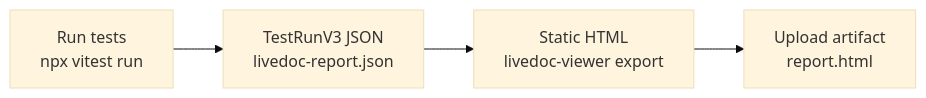
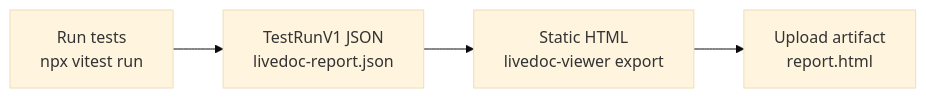
The diagram in docs/docs/vitest/guides/ci-cd.mdx (dotnetprofessional/LiveDoc), drawn with Mermaid (base theme) before and after one commit. The commit also changed other lines of this file and 40 other files, not shown here.

````diff
--- a/docs/docs/vitest/guides/ci-cd.mdx
+++ b/docs/docs/vitest/guides/ci-cd.mdx
@@ -25,6 +25,6 @@
 ```mermaid
 graph LR
-    A["Run tests<br/>npx vitest run"] --> B["TestRunV3 JSON<br/>livedoc-report.json"]
+    A["Run tests<br/>npx vitest run"] --> B["TestRunV1 JSON<br/>livedoc-report.json"]
     B --> C["Static HTML<br/>livedoc-viewer export"]
     C --> D["Upload artifact<br/>report.html"]
 ```
````
